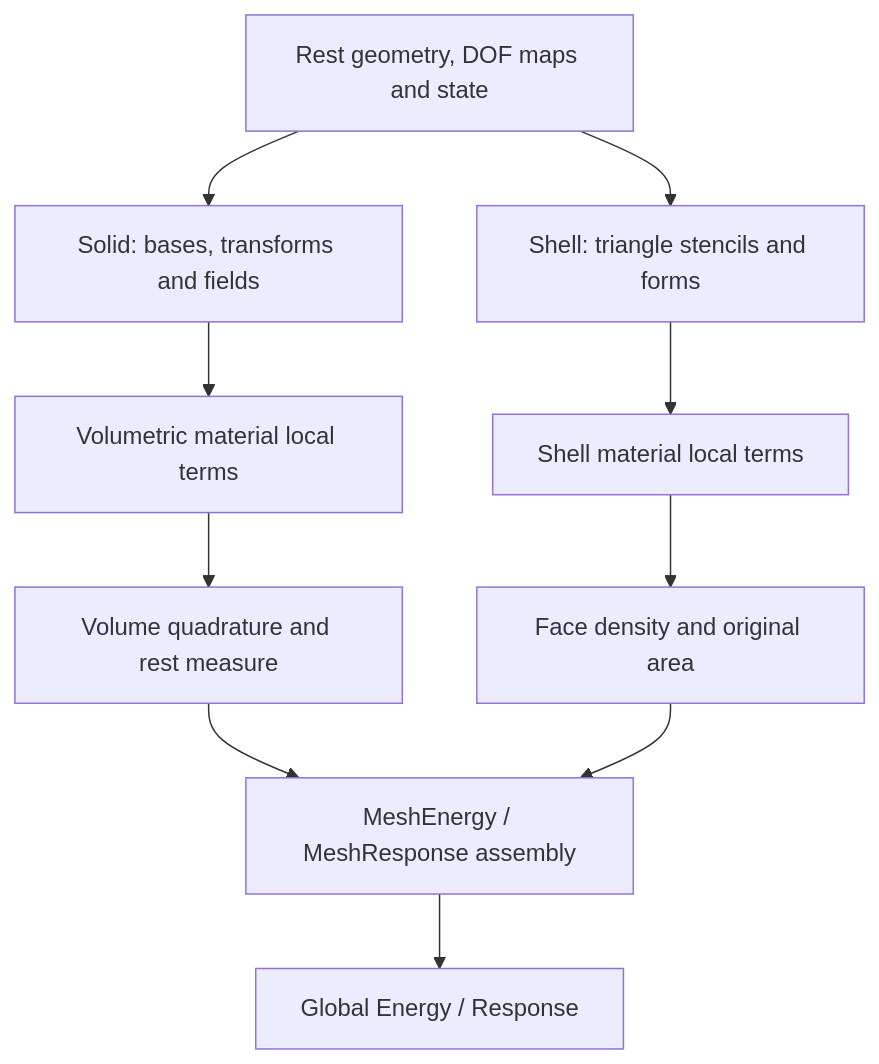
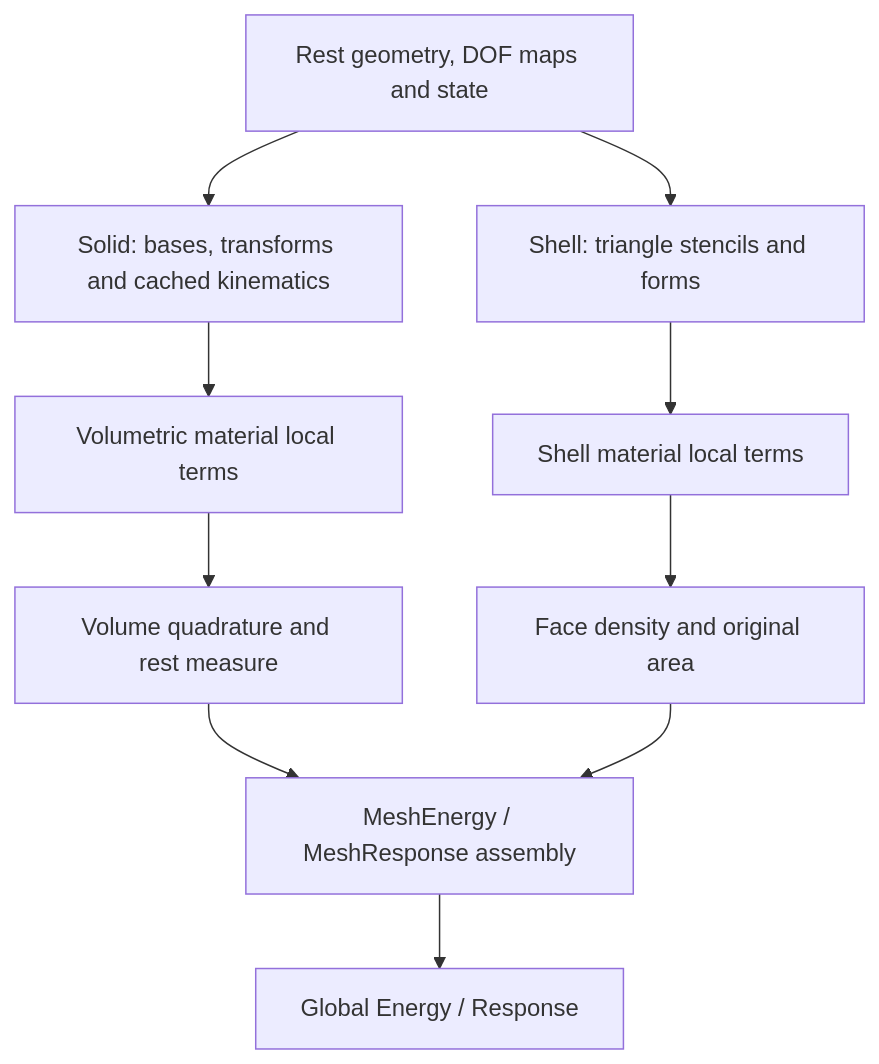
One commit to annajcy/litepgo changed the diagram in docs/guide/fem/index.md. Above: the diagram before and after it, drawn with Mermaid. The commit also changed other lines of this file and 23 other files, not shown here.

````diff
--- a/docs/guide/fem/index.md
+++ b/docs/guide/fem/index.md
@@ -14,14 +14,14 @@
 ```mermaid
 flowchart TB
   accTitle: FEM module evaluation architecture
   accDescr: Rest geometry and maps feed solid field kinematics or shell stencil kinematics. Material laws produce local densities or force responses; integration and global assembly expose Energy and Response interfaces.
-  inputs["Rest geometry, DOF maps and state"] --> solid["Solid: bases, transforms and fields"]
+  inputs["Rest geometry, DOF maps and state"] --> solid["Solid: bases, transforms and cached kinematics"]
   inputs --> shell["Shell: triangle stencils and forms"]
   solid --> solidLocal["Volumetric material local terms"]
   shell --> shellLocal["Shell material local terms"]
   solidLocal --> volume["Volume quadrature and rest measure"]
   shellLocal --> area["Face density and original area"]
   volume --> assembly["MeshEnergy / MeshResponse assembly"]
   area --> assembly
   assembly --> api["Global Energy / Response"]
 ```
````
